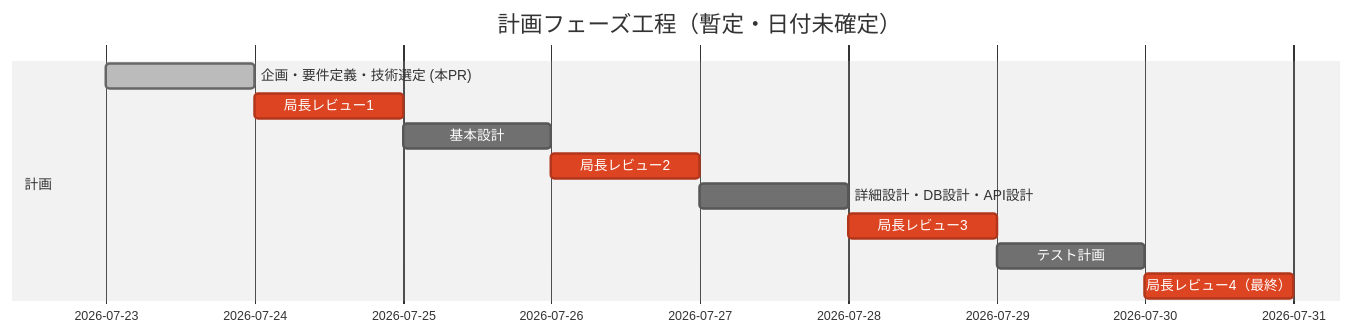
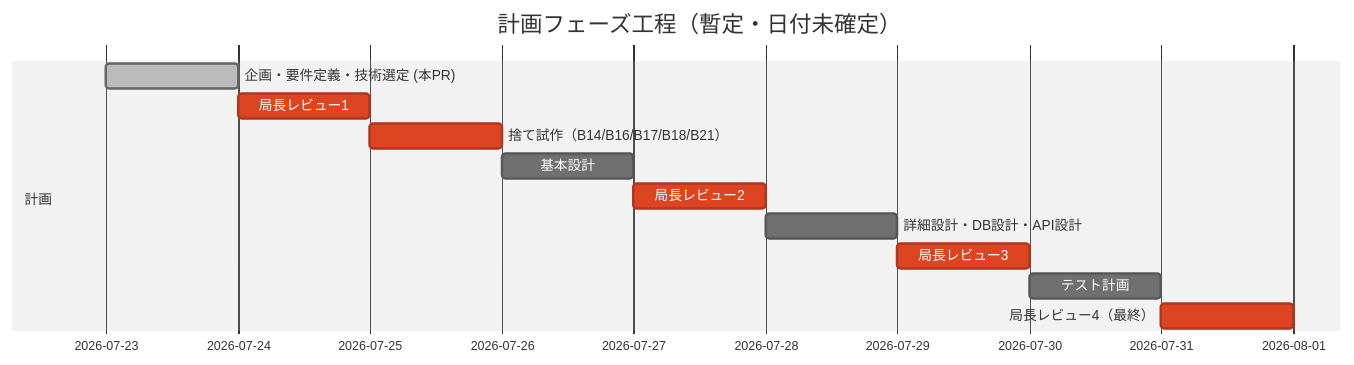
The diagram in material/07_開発スケジュール.md (kouiso/sns-app), drawn with Mermaid (neutral theme) before and after one commit. The commit also changed 2 other files, not shown here.

Commit message:
docs: 07/08 テスト・スケジュールに Round 12 反映と仮案を追加
- 07_開発スケジュール.md: ガント図に B14/B16/B17/B18/B21 の捨て試作工程を追加
- 08_テスト計画書.md: 04/06 確定前の仮案として 10 項目のテスト観点・手順を追加
- PROGRESS.md: 07/08 の状態を更新

04/06 確定後に 08 を最終確定。局長承認後に 07 の日付を確定。

Generated with [Devin](https://devin.ai)

````diff
--- a/material/07_開発スケジュール.md
+++ b/material/07_開発スケジュール.md
@@ -32,14 +32,15 @@
 ```mermaid
 gantt
     dateFormat  YYYY-MM-DD
     title 計画フェーズ工程（暫定・日付未確定）
     section 計画
     企画・要件定義・技術選定 (本PR)  :done, p1, 2026-07-23, 1d
     局長レビュー1                    :crit, review1, after p1, 1d
-    基本設計                          :p2, after review1, 1d
+    捨て試作（B14/B16/B17/B18/B21）   :crit, proto, after review1, 1d
+    基本設計                          :p2, after proto, 1d
     局長レビュー2                    :crit, review2, after p2, 1d
     詳細設計・DB設計・API設計         :p3, after review2, 1d
     局長レビュー3                    :crit, review3, after p3, 1d
     テスト計画                        :p4, after review3, 1d
     局長レビュー4（最終）            :crit, review4, after p4, 1d
 ```
````
